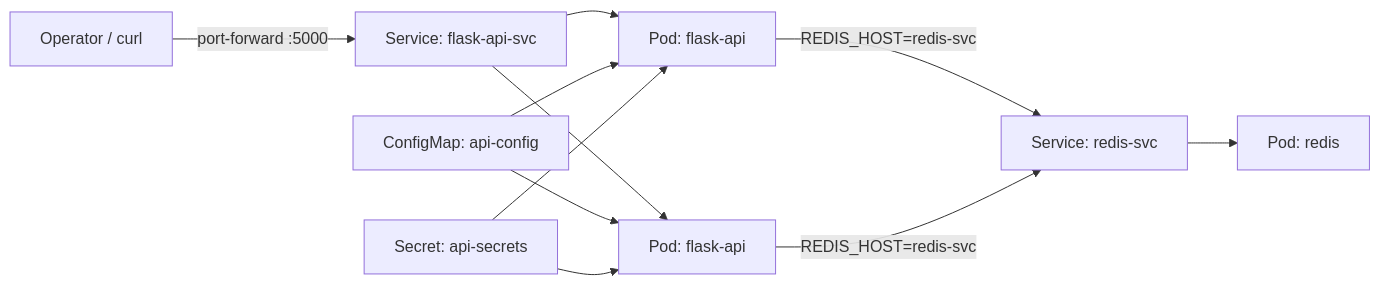
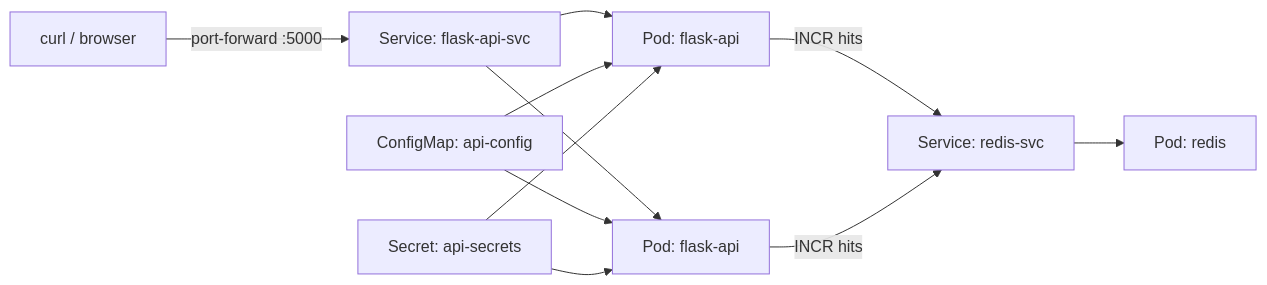
Before and after one commit to AnouarMohamed/k8s-multiservice-lab: the diagram in README.md, drawn with Mermaid. The commit also changed other lines of this file, not shown here.

````diff
--- a/README.md
+++ b/README.md
@@ -14,13 +27,13 @@
 ```mermaid
 flowchart LR
-  User["Operator / curl"] -->|"port-forward :5000"| SVC["Service: flask-api-svc"]
-  SVC --> APIA["Pod: flask-api"]
-  SVC --> APIB["Pod: flask-api"]
-  APIA -->|"REDIS_HOST=redis-svc"| REDIS["Service: redis-svc"]
-  APIB -->|"REDIS_HOST=redis-svc"| REDIS
-  REDIS --> RPOD["Pod: redis"]
-  CM["ConfigMap: api-config"] --> APIA
-  CM --> APIB
-  SEC["Secret: api-secrets"] --> APIA
-  SEC --> APIB
+  Client["curl / browser"] -->|"port-forward :5000"| ApiSvc["Service: flask-api-svc"]
+  ApiSvc --> ApiA["Pod: flask-api"]
+  ApiSvc --> ApiB["Pod: flask-api"]
+  ApiA -->|"INCR hits"| RedisSvc["Service: redis-svc"]
+  ApiB -->|"INCR hits"| RedisSvc
+  RedisSvc --> Redis["Pod: redis"]
+  Config["ConfigMap: api-config"] --> ApiA
+  Config --> ApiB
+  Secret["Secret: api-secrets"] --> ApiA
+  Secret --> ApiB
 ```
````
